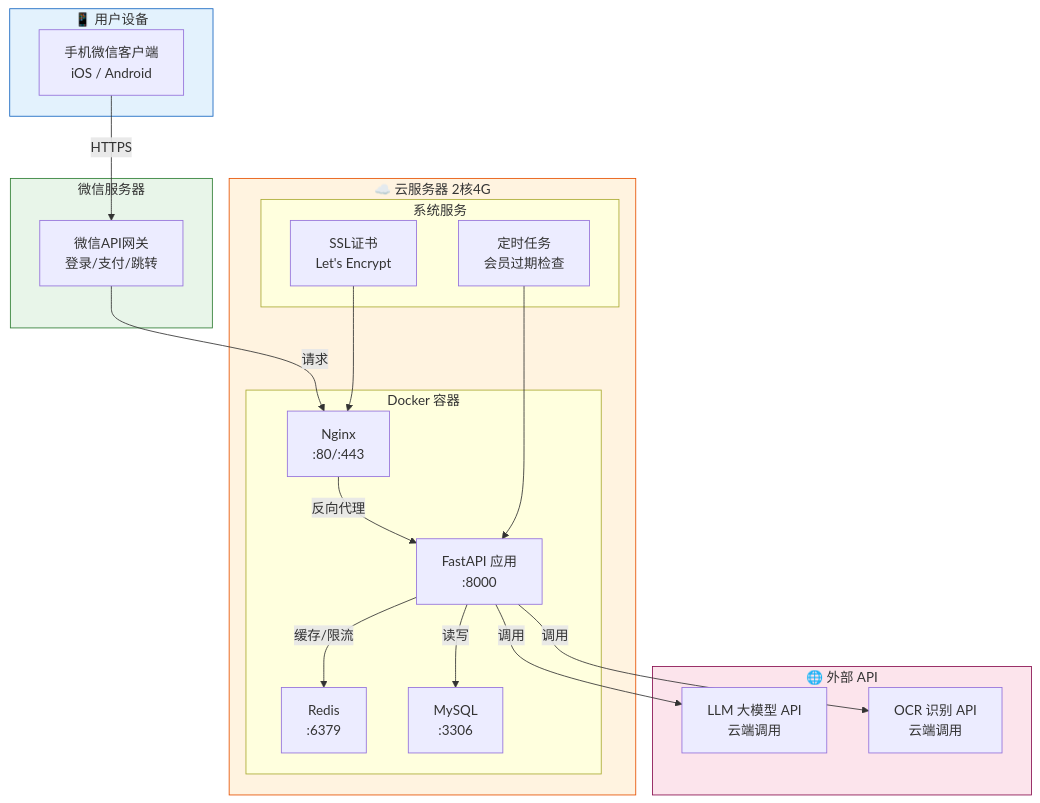
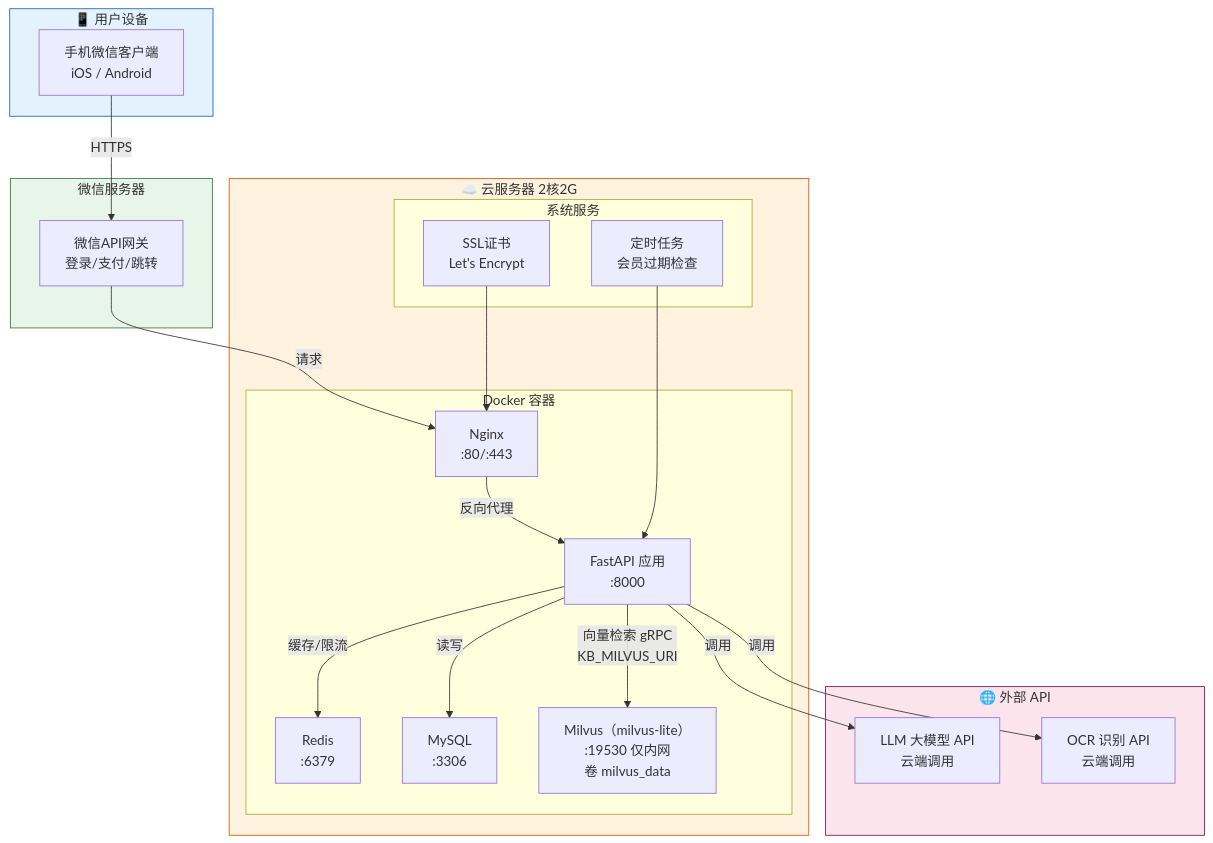
One commit to 591240/ZhiTu-ai changed the eighth of 10 diagrams in docs/3-系统架构图.md. Above: the diagram before and after it, drawn with Mermaid. The commit also changed other lines of this file and 141 other files, not shown here.

````diff
--- a/docs/3-系统架构图.md
+++ b/docs/3-系统架构图.md
@@ -408,43 +460,45 @@
 ```mermaid
 graph TB
     subgraph 用户设备["📱 用户设备"]
         PHONE["手机微信客户端<br/>iOS / Android"]
     end
 
     subgraph 微信服务器["微信服务器"]
         WX_SVR["微信API网关<br/>登录/支付/跳转"]
     end
 
-    subgraph 云服务器["☁️ 云服务器 2核4G"]
+    subgraph 云服务器["☁️ 云服务器 2核2G"]
         subgraph Docker容器["Docker 容器"]
             NGINX_C["Nginx<br/>:80/:443"]
             APP_C["FastAPI 应用<br/>:8000"]
             REDIS_C["Redis<br/>:6379"]
             MYSQL_C["MySQL<br/>:3306"]
+            MILVUS_C["Milvus（milvus-lite）<br/>:19530 仅内网<br/>卷 milvus_data"]
         end
         subgraph 系统服务["系统服务"]
             SSL["SSL证书<br/>Let's Encrypt"]
             CRON["定时任务<br/>会员过期检查"]
         end
     end
 
     subgraph 外部API["🌐 外部 API"]
         LLM_API["LLM 大模型 API<br/>云端调用"]
         OCR_API["OCR 识别 API<br/>云端调用"]
     end
 
     PHONE -->|"HTTPS"| WX_SVR
     WX_SVR -->|"请求"| NGINX_C
     NGINX_C -->|"反向代理"| APP_C
     APP_C -->|"读写"| MYSQL_C
     APP_C -->|"缓存/限流"| REDIS_C
+    APP_C -->|"向量检索 gRPC<br/>KB_MILVUS_URI"| MILVUS_C
     APP_C -->|"调用"| LLM_API
     APP_C -->|"调用"| OCR_API
     SSL --> NGINX_C
     CRON --> APP_C
 
     style 用户设备 fill:#E3F2FD,stroke:#1565C0
     style 微信服务器 fill:#E8F5E9,stroke:#2E7D32
     style 云服务器 fill:#FFF3E0,stroke:#E65100
     style 外部API fill:#FCE4EC,stroke:#880E4F
 ```
````
